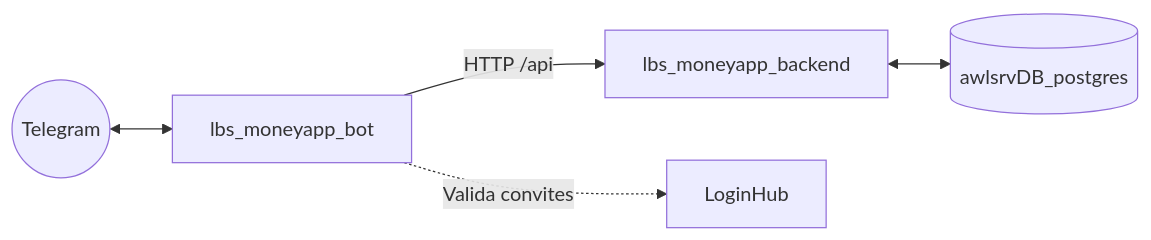
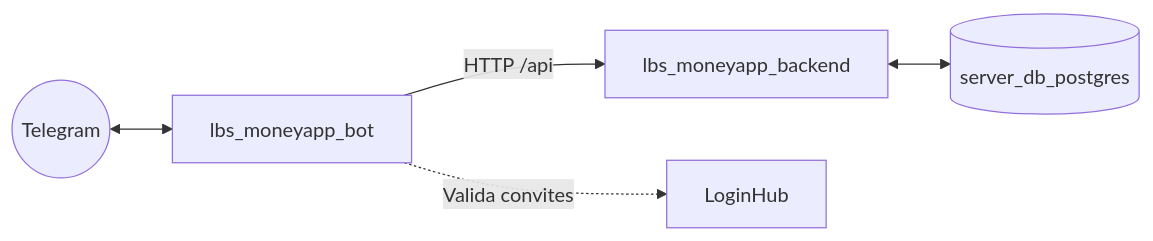
Before and after one commit to moablive/LBS_MoneyAPP: the diagram in apps/bot/README.md, drawn with Mermaid. The commit also changed 2 other files, not shown here.

Commit message:
docs: tira MailAPP e LBS Notify da documentação

````diff
--- a/apps/bot/README.md
+++ b/apps/bot/README.md
@@ -23,7 +23,7 @@
 ```mermaid
 flowchart LR
   Telegram((Telegram)) <--> BOT[lbs_moneyapp_bot]
   BOT -- "HTTP /api" --> API[lbs_moneyapp_backend]
-  API <--> DB[(awlsrvDB_postgres)]
+  API <--> DB[(server_db_postgres)]
   BOT -. "Valida convites" .-> LoginHub
 ```
````
